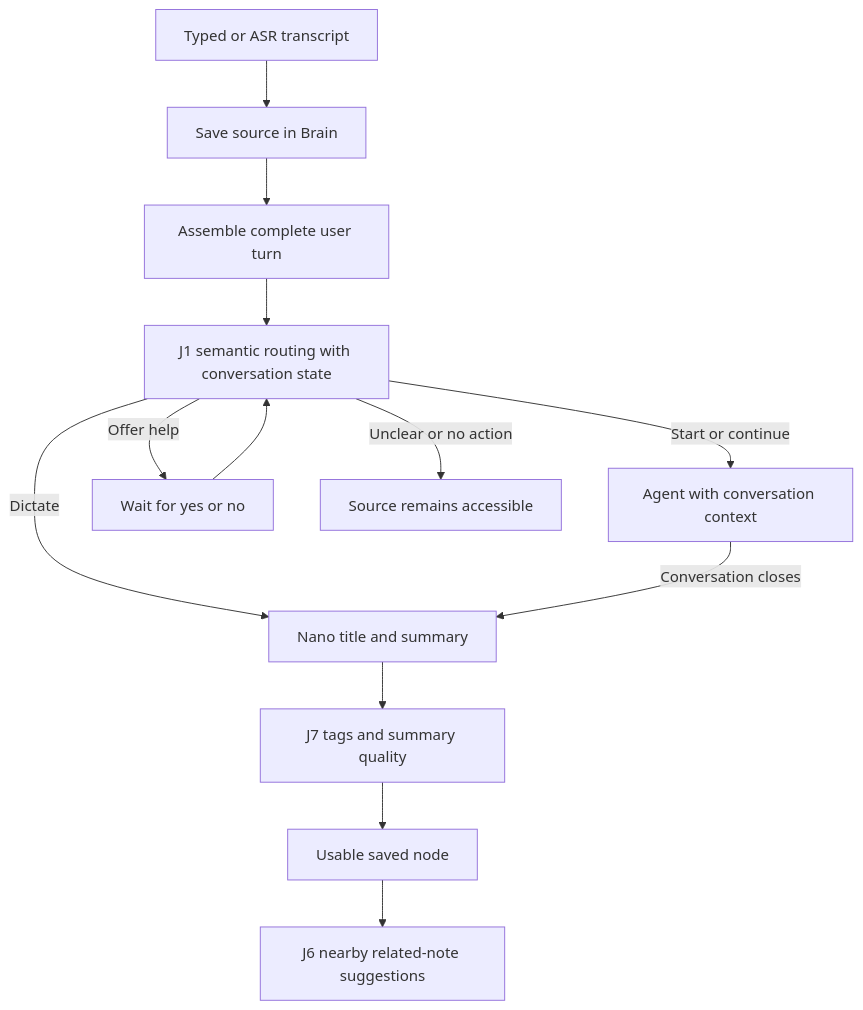
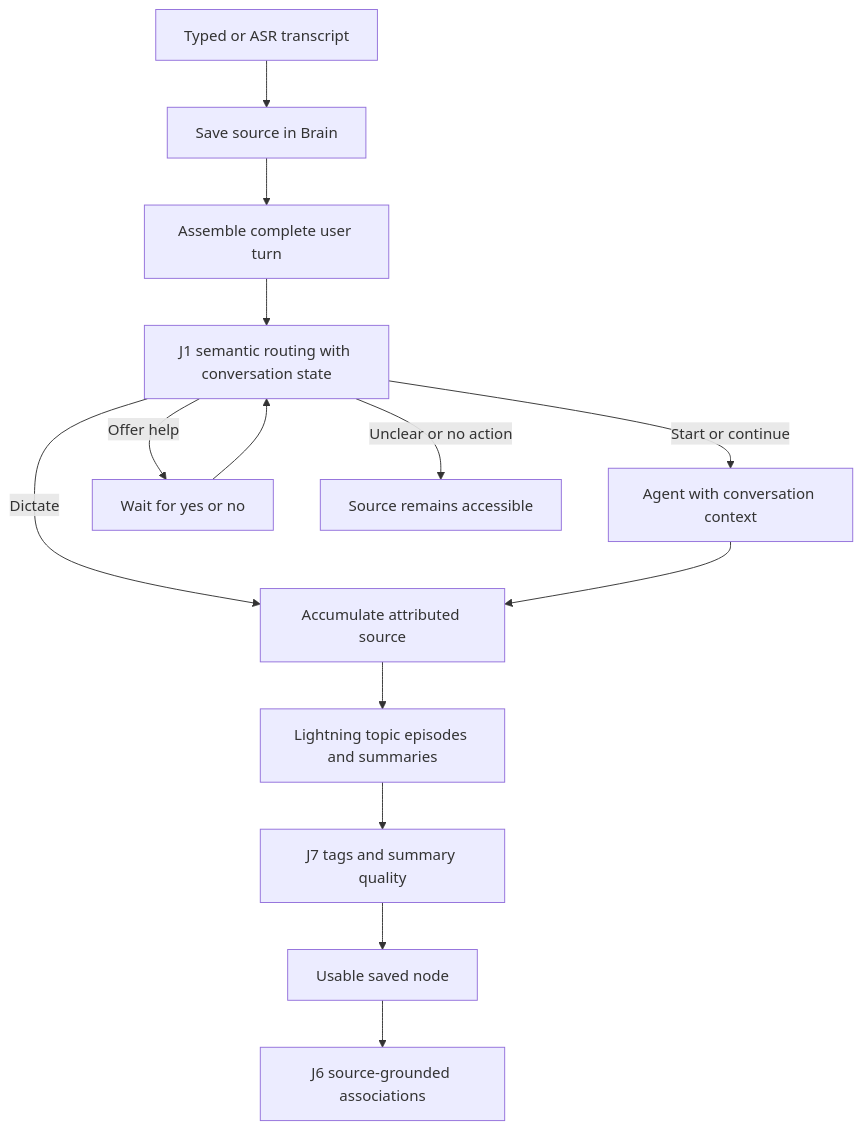
One commit to EXXPRT/moolai-app changed the diagram in docs/architecture.md. Above: the diagram before and after it, drawn with Mermaid. The commit also changed other lines of this file and 208 other files, not shown here.

````diff
--- a/docs/architecture.md
+++ b/docs/architecture.md
@@ -22,15 +24,16 @@
 ```mermaid
 flowchart TD
     Input[Typed or ASR transcript] --> Save[Save source in Brain]
     Save --> Assemble[Assemble complete user turn]
     Assemble --> J1[J1 semantic routing with conversation state]
-    J1 -->|Dictate| Enrich[Nano title and summary]
+    J1 -->|Dictate| Buffer[Accumulate attributed source]
+    Buffer --> Enrich[Lightning topic episodes and summaries]
     J1 -->|Start or continue| Moo[Agent with conversation context]
     J1 -->|Offer help| Offer[Wait for yes or no]
     Offer --> J1
     J1 -->|Unclear or no action| Retained[Source remains accessible]
-    Moo -->|Conversation closes| Enrich
+    Moo --> Buffer
     Enrich --> J7[J7 tags and summary quality]
     J7 --> Node[Usable saved node]
-    Node --> J6[J6 nearby related-note suggestions]
+    Node --> J6[J6 source-grounded associations]
 ```
````
